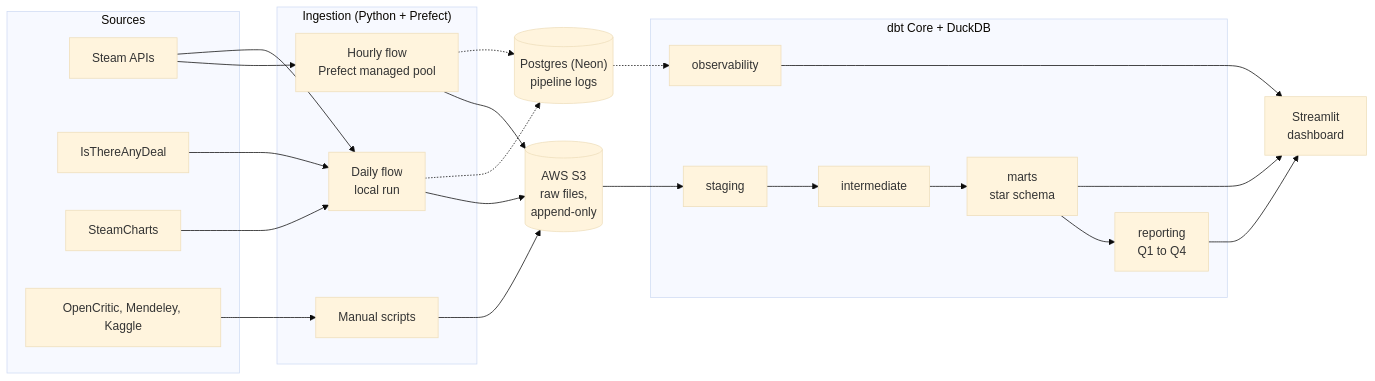
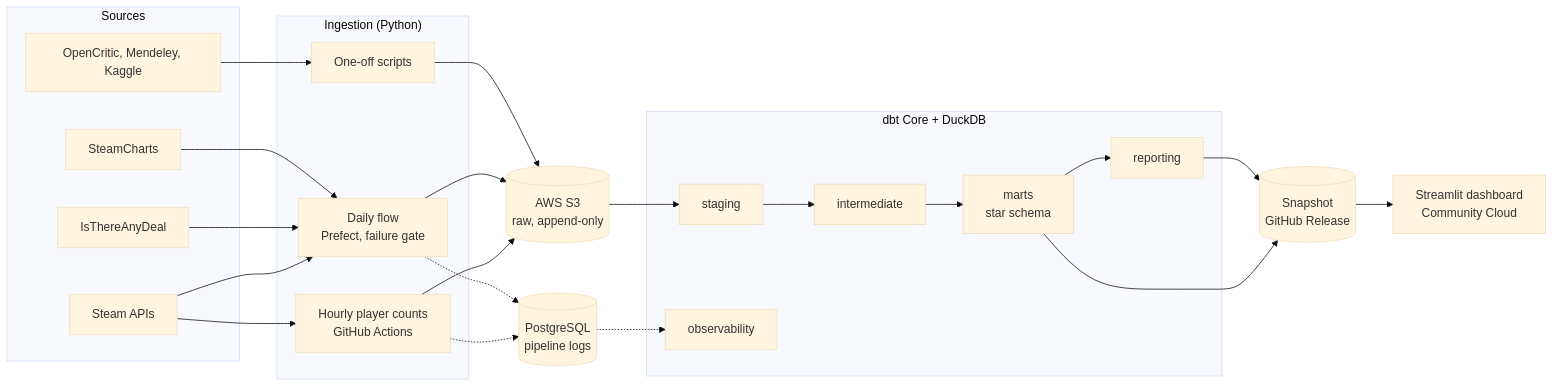
One commit to Aakash-1107/Game-Market-Intelligence changed the diagram in README.md. Above: the diagram before and after it, drawn with Mermaid (base theme). The commit also changed other lines of this file and 1 other file, not shown here.

````diff
--- a/README.md
+++ b/README.md
@@ -77,37 +80,38 @@
 ```mermaid
 flowchart LR
     subgraph SRC ["Sources"]
         S1["Steam APIs"]
         S2["IsThereAnyDeal"]
         S3["SteamCharts"]
         S4["OpenCritic, Mendeley, Kaggle"]
     end
-    subgraph ING ["Ingestion (Python + Prefect)"]
-        H["Hourly flow<br/>Prefect managed pool"]
-        D["Daily flow<br/>local run"]
-        M["Manual scripts"]
+    subgraph ING ["Ingestion (Python)"]
+        H["Hourly player counts<br/>GitHub Actions"]
+        D["Daily flow<br/>Prefect, failure gate"]
+        M["One-off scripts"]
     end
-    RAW[("AWS S3<br/>raw files,<br/>append-only")]
-    LOG[("Postgres (Neon)<br/>pipeline logs")]
+    RAW[("AWS S3<br/>raw, append-only")]
+    LOG[("PostgreSQL<br/>pipeline logs")]
     subgraph DBT ["dbt Core + DuckDB"]
-        ST["staging"] --> IN["intermediate"] --> MA["marts<br/>star schema"] --> RP["reporting<br/>Q1 to Q4"]
+        ST["staging"] --> IN["intermediate"] --> MA["marts<br/>star schema"] --> RP["reporting"]
         OB["observability"]
     end
-    DASH["Streamlit<br/>dashboard"]
+    SNAP[("Snapshot<br/>GitHub Release")]
+    DASH["Streamlit dashboard<br/>Community Cloud"]
 
     S1 --> H
     S1 --> D
     S2 --> D
     S3 --> D
     S4 --> M
     H --> RAW
     D --> RAW
     M --> RAW
     H -.-> LOG
     D -.-> LOG
     RAW --> ST
     LOG -.-> OB
-    MA --> DASH
-    RP --> DASH
-    OB --> DASH
+    MA --> SNAP
+    RP --> SNAP
+    SNAP --> DASH
 ```
````
